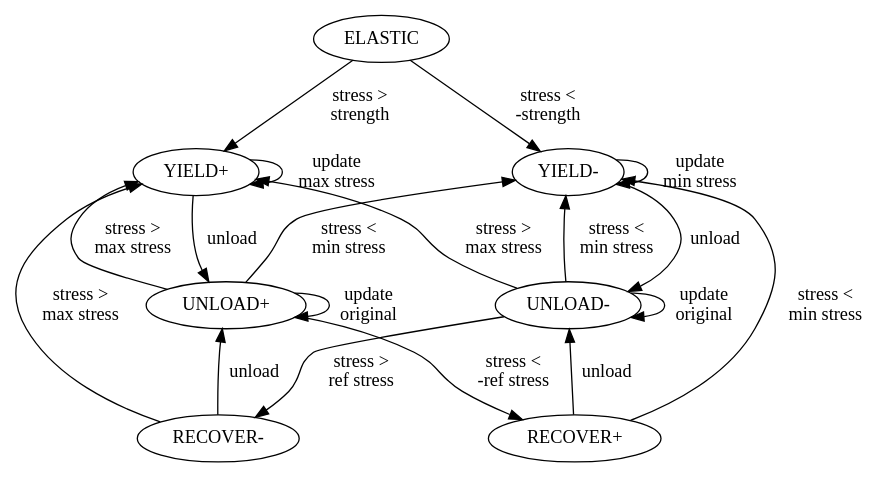
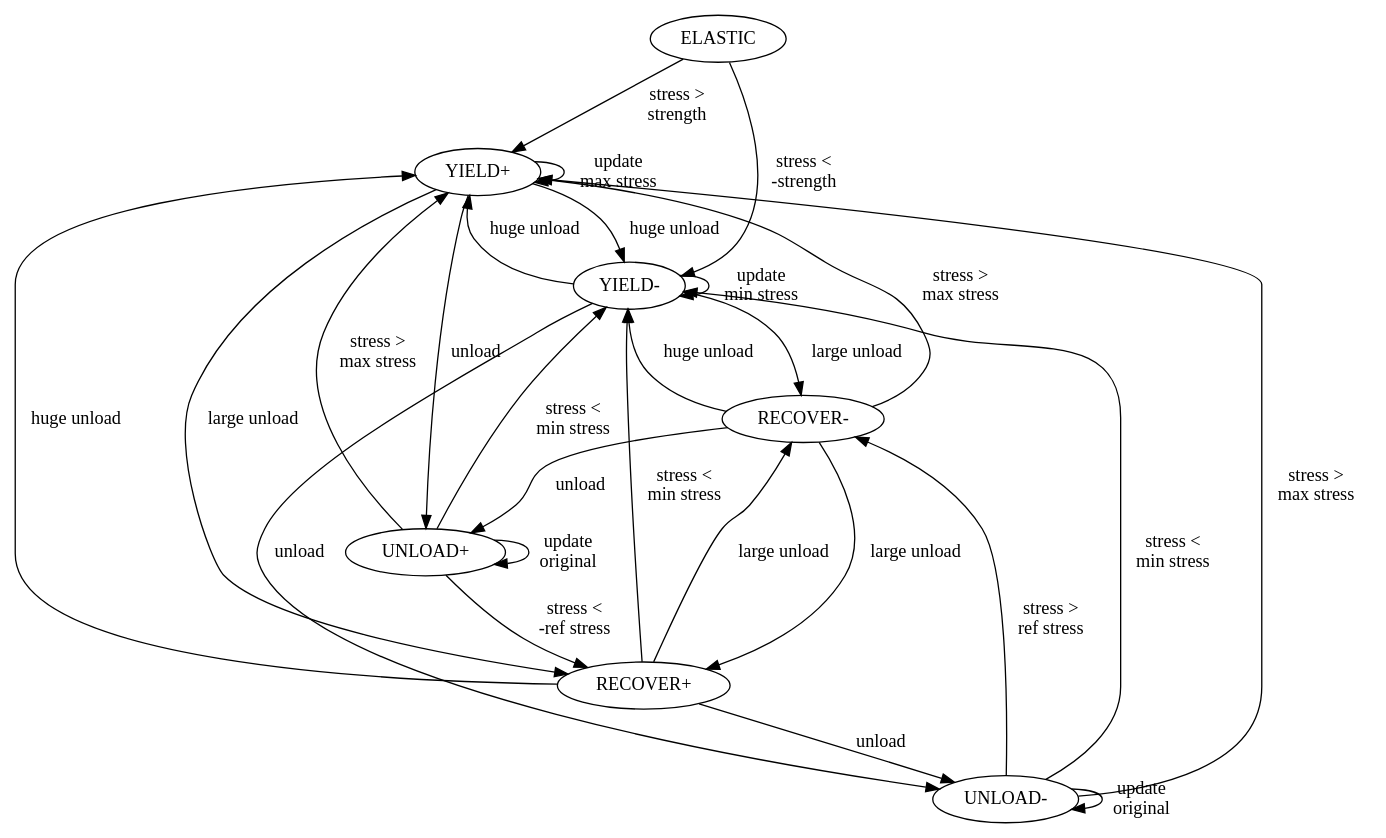
Before and after one commit to Panchatantra/RODS: the diagram in RODS/steelBilinear.dot, drawn with Graphviz. The commit also changed 17 other files, not shown here.

```diff
--- a/RODS/steelBilinear.dot
+++ b/RODS/steelBilinear.dot
@@ -1,31 +1,39 @@
 digraph G {
 	node[shape=ellipse];
 	status0[label="ELASTIC"]
 	status1_plus[label="YIELD+"]
 	status1_minus[label="YIELD-"]
 	status2_plus[label="UNLOAD+"]
 	status2_minus[label="UNLOAD-"]
 	status3_plus[label="RECOVER+"]
 	status3_minus[label="RECOVER-"]
-	{rank=same status1_plus status1_minus}
-	{rank=same status2_plus status2_minus}
-	{rank=same status3_plus status3_minus}
+	// {rank=same status1_plus status1_minus}
+	// {rank=same status2_plus status2_minus}
+	// {rank=same status3_plus status3_minus}
 	status0 -> status1_plus[label=" stress >\n strength"]
 	status1_plus -> status1_plus[label=" update\n max stress"]
 	status1_plus -> status2_plus[label=" unload"]
+	status1_plus -> status3_plus[label=" large unload"]
+	status1_plus -> status1_minus[label=" huge unload"]
 	status2_plus -> status2_plus[label=" update\n original"]
 	status2_plus -> status1_plus[label=" stress >\n max stress"]
 	status2_plus -> status3_plus[label=" stress <\n -ref stress"]
 	status2_plus -> status1_minus[label=" stress <\n min stress"]
 	status3_plus -> status2_minus[label=" unload"]
+	status3_plus -> status3_minus[label=" large unload"]
+	status3_plus -> status1_plus[label=" huge unload"]
 	status3_plus -> status1_minus[label=" stress <\n min stress"]
 	status0 -> status1_minus[label=" stress <\n -strength"]
 	status1_minus -> status1_minus[label=" update\n min stress"]
 	status1_minus -> status2_minus[label=" unload"]
+	status1_minus -> status3_minus[label=" large unload"]
+	status1_minus -> status1_plus[label=" huge unload"]
 	status2_minus -> status2_minus[label=" update\n original"]
 	status2_minus -> status1_minus[label=" stress <\n min stress"]
 	status2_minus -> status3_minus[label=" stress >\n ref stress"]
 	status2_minus -> status1_plus[label=" stress >\n max stress"]
 	status3_minus -> status2_plus[label=" unload"]
+	status3_minus -> status3_plus[label=" large unload"]
+	status3_minus -> status1_minus[label=" huge unload"]
 	status3_minus -> status1_plus[label=" stress >\n max stress"]
 }
```
